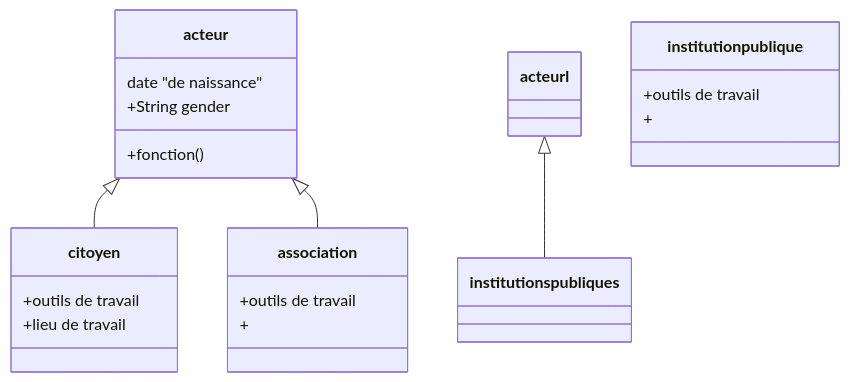
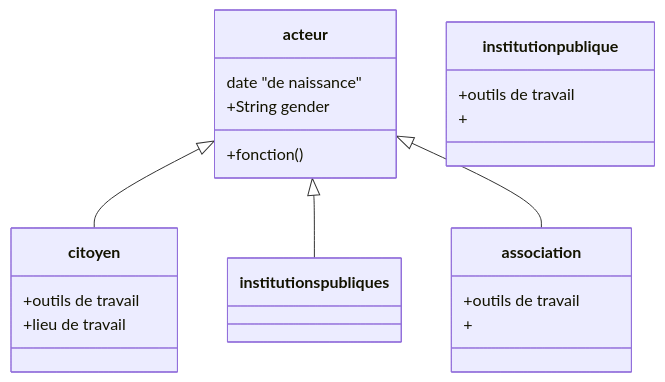
Before and after one commit to kahiarchi/plaine---saint--Denis---batiment-: the diagram in sources/acteurskahiarchi.md, drawn with Mermaid.

Commit message:
Fix class diagram inheritance for institutions publiques

````diff
--- a/sources/acteurskahiarchi.md
+++ b/sources/acteurskahiarchi.md
@@ -1,24 +1,24 @@
 ```mermaid
 classDiagram
    acteur <|-- citoyen
-   acteurl <|-- institutions publiques 
+   acteur <|-- institutions publiques 
    acteur <|-- association
 
    acteur : date "de naissance"
    acteur : +String gender
    acteur: +fonction()
   
 
    class citoyen{
      +outils de travail
      +lieu de travail
      }
     class institution publique{
      +outils de travail
      +
      }
  class association{
      +outils de travail
      +
      }
 ```
````
